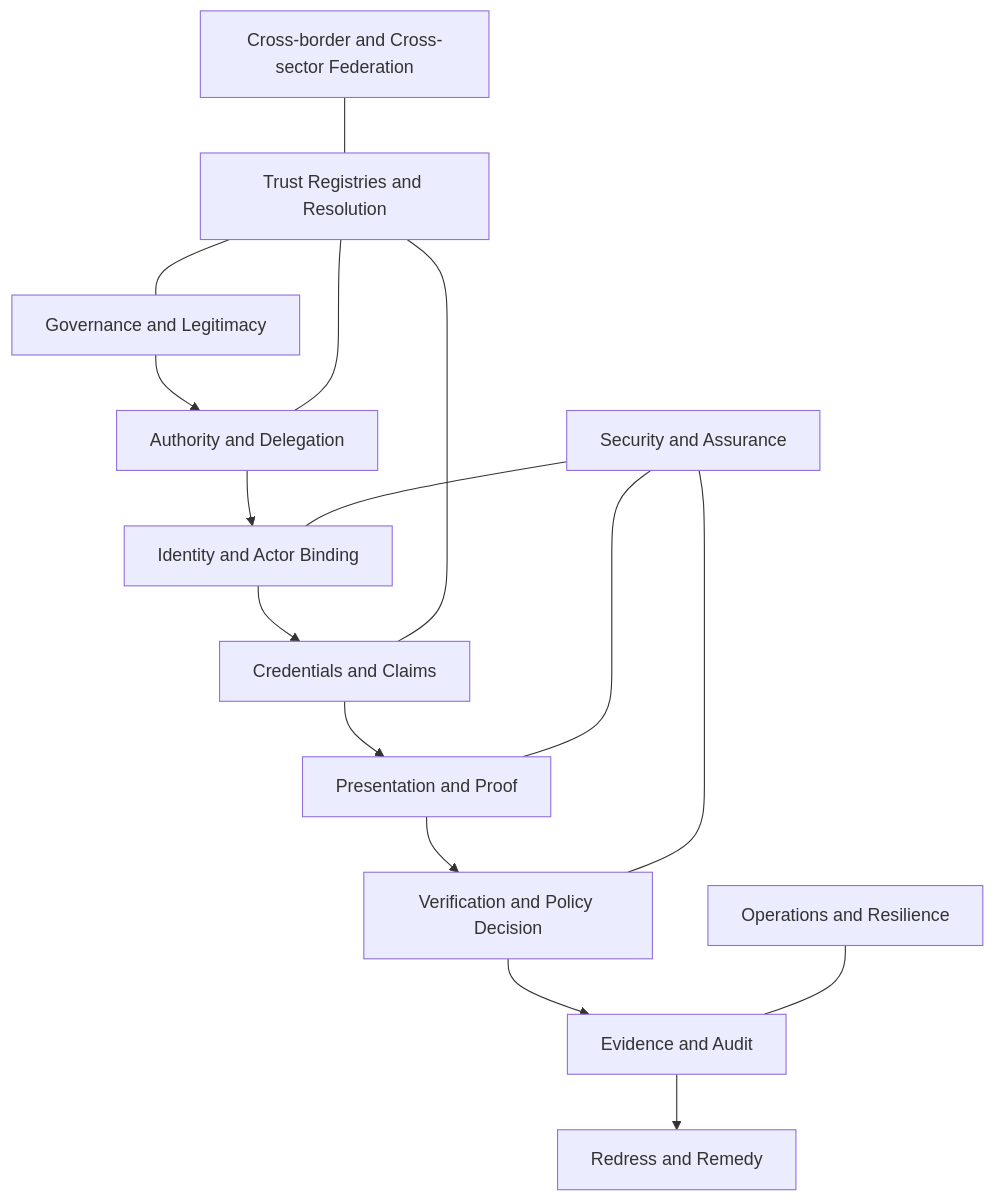
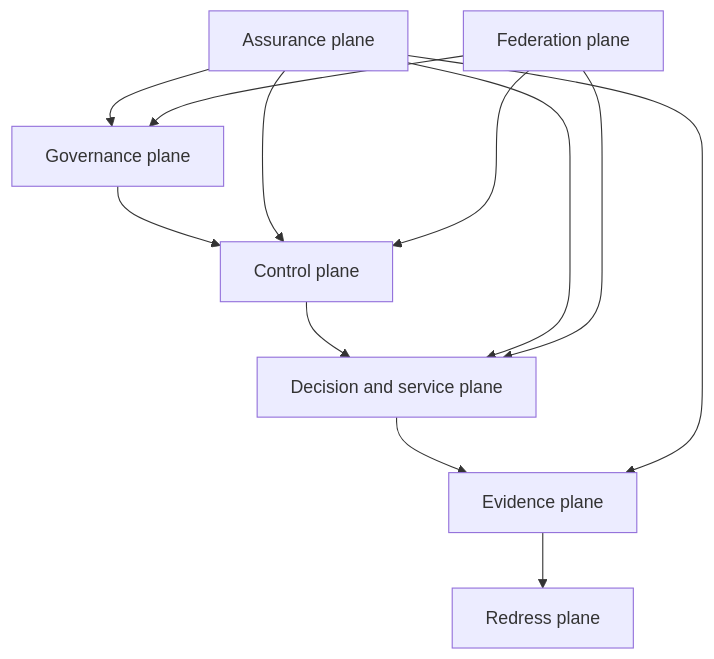
Before and after one commit to sankarshanmukhopadhyay/open-national-digital-trust-framework: the diagram in docs/architecture/index.md, drawn with Mermaid. The commit also changed other lines of this file and 52 other files, not shown here.

First line of the commit message:
feat: establish ONDTF reference and information architecture

````diff
--- a/docs/architecture/index.md
+++ b/docs/architecture/index.md
@@ -12,18 +15,14 @@
 ```mermaid
 flowchart TB
-  G[Governance and Legitimacy] --> A[Authority and Delegation]
-  A --> I[Identity and Actor Binding]
-  I --> C[Credentials and Claims]
-  C --> P[Presentation and Proof]
-  P --> V[Verification and Policy Decision]
-  V --> E[Evidence and Audit]
-  E --> R[Redress and Remedy]
-  T[Trust Registries and Resolution] --- G
-  T --- A
-  T --- C
-  S[Security and Assurance] --- I
-  S --- P
-  S --- V
-  O[Operations and Resilience] --- E
-  X[Cross-border and Cross-sector Federation] --- T
+  GP[Governance plane] --> CP[Control plane]
+  CP --> DP[Decision and service plane]
+  DP --> EP[Evidence plane]
+  EP --> RP[Redress plane]
+  AP[Assurance plane] --> GP
+  AP --> CP
+  AP --> DP
+  AP --> EP
+  FP[Federation plane] --> GP
+  FP --> CP
+  FP --> DP
 ```
````
